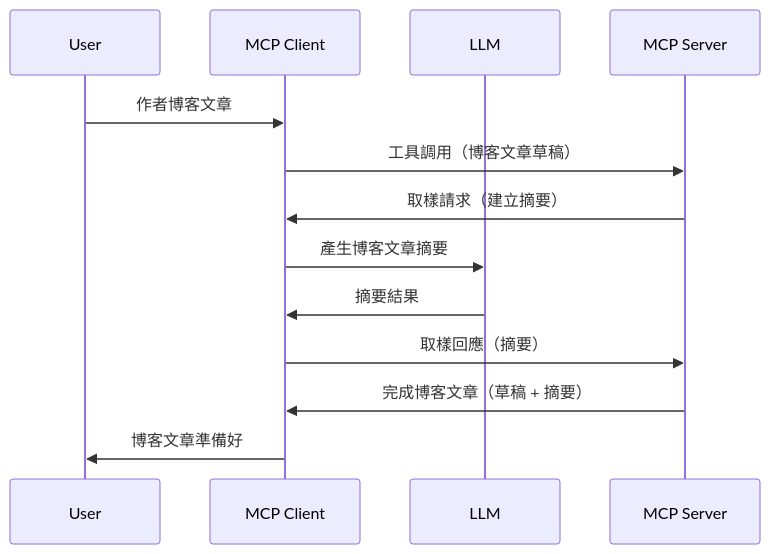
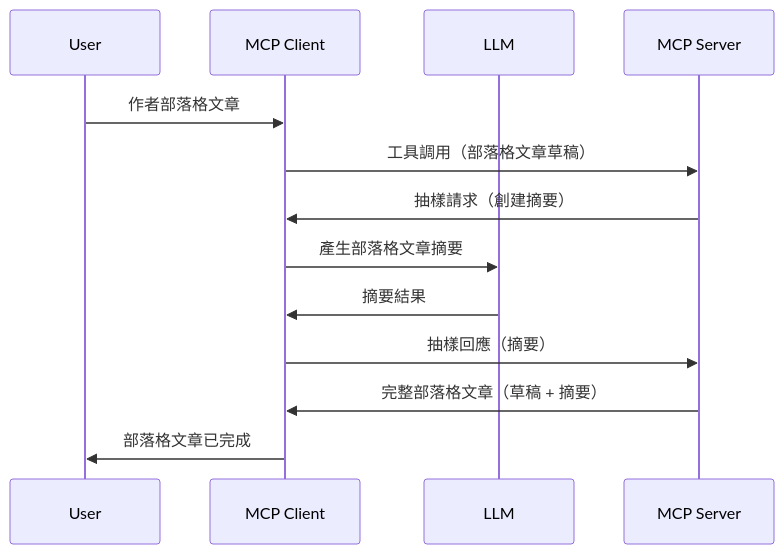
One commit to HIDORAKAI002/ai-workspace-archive changed the diagram in mcp_ecosystem__model_context_protocol/mcp_learning_resources/mcp-for-beginners/translations/zh-HK/03-GettingStarted/14-sampling/README.md. Above: the diagram before and after it, drawn with Mermaid. The commit also changed other lines of this file and 5748 other files, not shown here.

Commit message:
chore(sync): update MCP Python SDK, MCP TypeScript SDK, Supabase MCP, Kubernetes MCP Server, Git MCP, MCP Agent, Awesome ChatGPT Prompts, Langfuse, +62 more

````diff
--- a/mcp_ecosystem__model_context_protocol/mcp_learning_resources/mcp-for-beginners/translations/zh-HK/03-GettingStarted/14-sampling/README.md
+++ b/mcp_ecosystem__model_context_protocol/mcp_learning_resources/mcp-for-beginners/translations/zh-HK/03-GettingStarted/14-sampling/README.md
@@ -25,16 +27,16 @@
 ```mermaid
 sequenceDiagram
     participant User
     participant MCP Client
     participant LLM
     participant MCP Server
 
-    User->>MCP Client: 作者博客文章
-    MCP Client->>MCP Server: 工具調用（博客文章草稿）
-    MCP Server->>MCP Client: 取樣請求（建立摘要）
-    MCP Client->>LLM: 產生博客文章摘要
+    User->>MCP Client: 作者部落格文章
+    MCP Client->>MCP Server: 工具調用（部落格文章草稿）
+    MCP Server->>MCP Client: 抽樣請求（創建摘要）
+    MCP Client->>LLM: 產生部落格文章摘要
     LLM->>MCP Client: 摘要結果
-    MCP Client->>MCP Server: 取樣回應（摘要）
-    MCP Server->>MCP Client: 完成博客文章（草稿 + 摘要）
-    MCP Client->>User: 博客文章準備好
+    MCP Client->>MCP Server: 抽樣回應（摘要）
+    MCP Server->>MCP Client: 完整部落格文章（草稿 + 摘要）
+    MCP Client->>User: 部落格文章已完成
 ```
````
